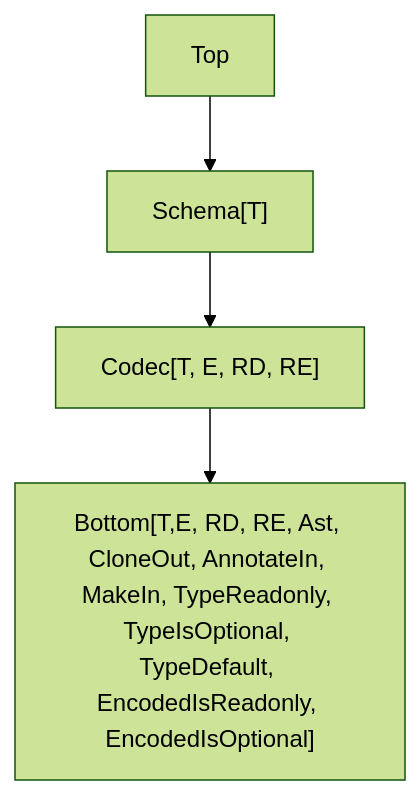
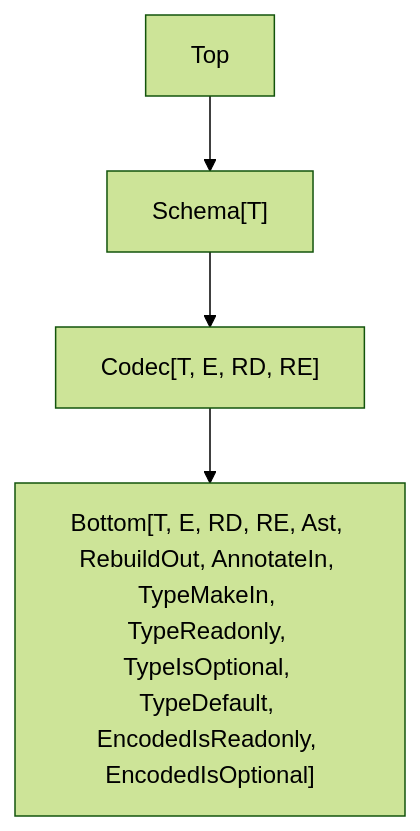
One commit to suddenlyGiovanni/effect-smol changed the second of 2 diagrams in packages/effect/SCHEMA.md. Above: the diagram before and after it, drawn with Mermaid (forest theme). The commit also changed other lines of this file and 18 other files, not shown here.

````diff
--- a/packages/effect/SCHEMA.md
+++ b/packages/effect/SCHEMA.md
@@ -37,6 +28,6 @@
 ```mermaid
 flowchart TD
     T[Top] --> S["Schema[T]"]
     S --> C["Codec[T, E, RD, RE]"]
-    C --> B["Bottom[T,E, RD, RE, Ast, CloneOut, AnnotateIn, MakeIn, TypeReadonly, TypeIsOptional, TypeDefault, EncodedIsReadonly, EncodedIsOptional]"]
+    C --> B["Bottom[T, E, RD, RE, Ast, RebuildOut, AnnotateIn, TypeMakeIn, TypeReadonly, TypeIsOptional, TypeDefault, EncodedIsReadonly, EncodedIsOptional]"]
 ```
````
